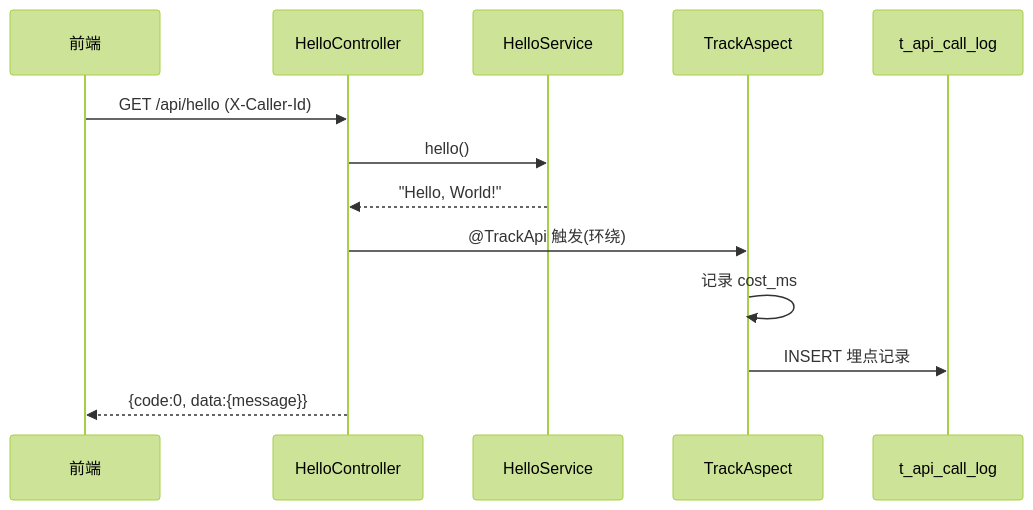
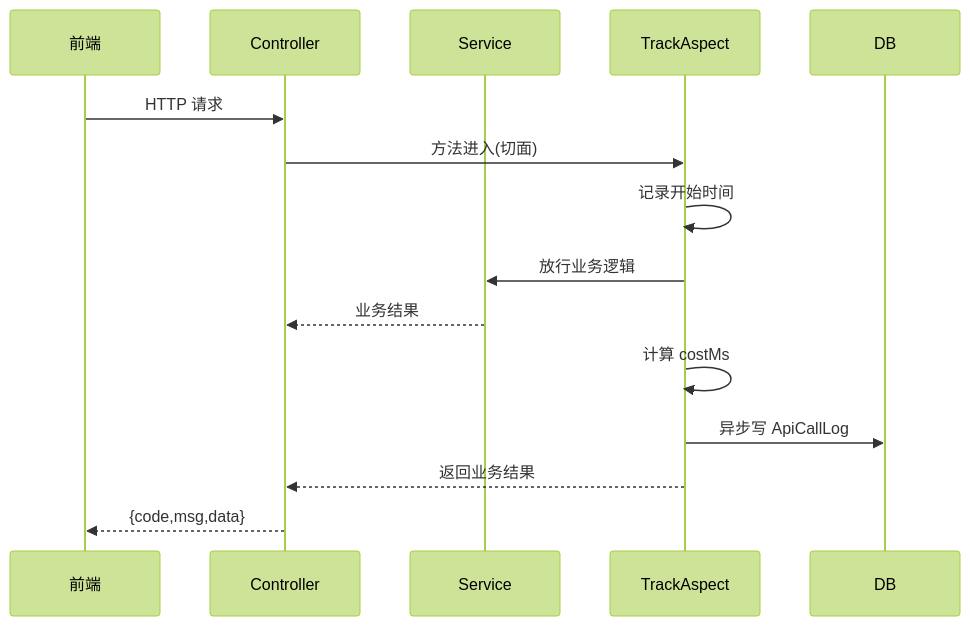
Before and after one commit to PH2498/ArmBasic: the third of 5 diagrams in .agents/system.changes/design.md, drawn with Mermaid (forest theme). The commit also changed other lines of this file, not shown here.

````diff
--- a/.agents/system.changes/design.md
+++ b/.agents/system.changes/design.md
@@ -333,15 +346,17 @@
 ```mermaid
 sequenceDiagram
     participant FE as 前端
-    participant C as HelloController
-    participant S as HelloService
-    participant AOP as TrackAspect
-    participant DB as t_api_call_log
-    FE->>C: GET /api/hello (X-Caller-Id)
-    C->>S: hello()
-    S-->>C: "Hello, World!"
-    C->>AOP: @TrackApi 触发(环绕)
-    AOP->>AOP: 记录 cost_ms
-    AOP->>DB: INSERT 埋点记录
-    C-->>FE: {code:0, data:{message}}
+    participant C as Controller
+    participant S as Service
+    participant A as TrackAspect
+    participant DB as DB
+    FE->>C: HTTP 请求
+    C->>A: 方法进入(切面)
+    A->>A: 记录开始时间
+    A->>S: 放行业务逻辑
+    S-->>C: 业务结果
+    A->>A: 计算 costMs
+    A->>DB: 异步写 ApiCallLog
+    A-->>C: 返回业务结果
+    C-->>FE: {code,msg,data}
 ```
````
